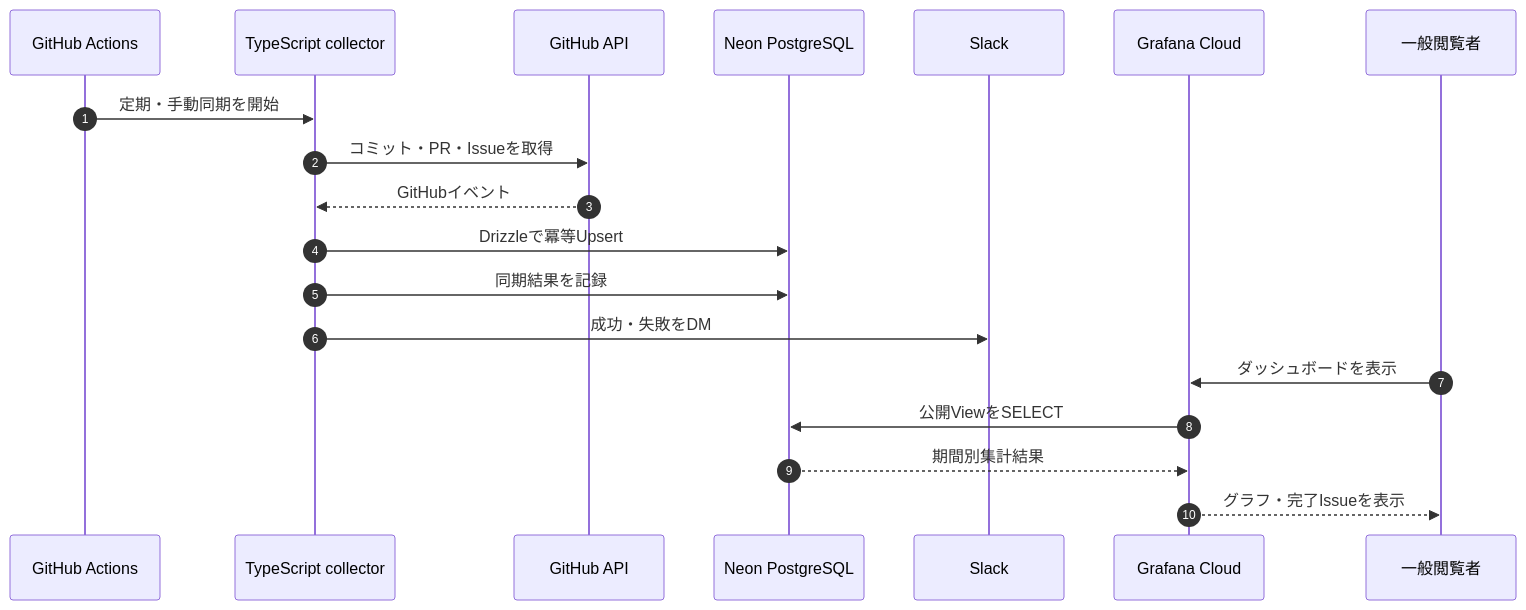
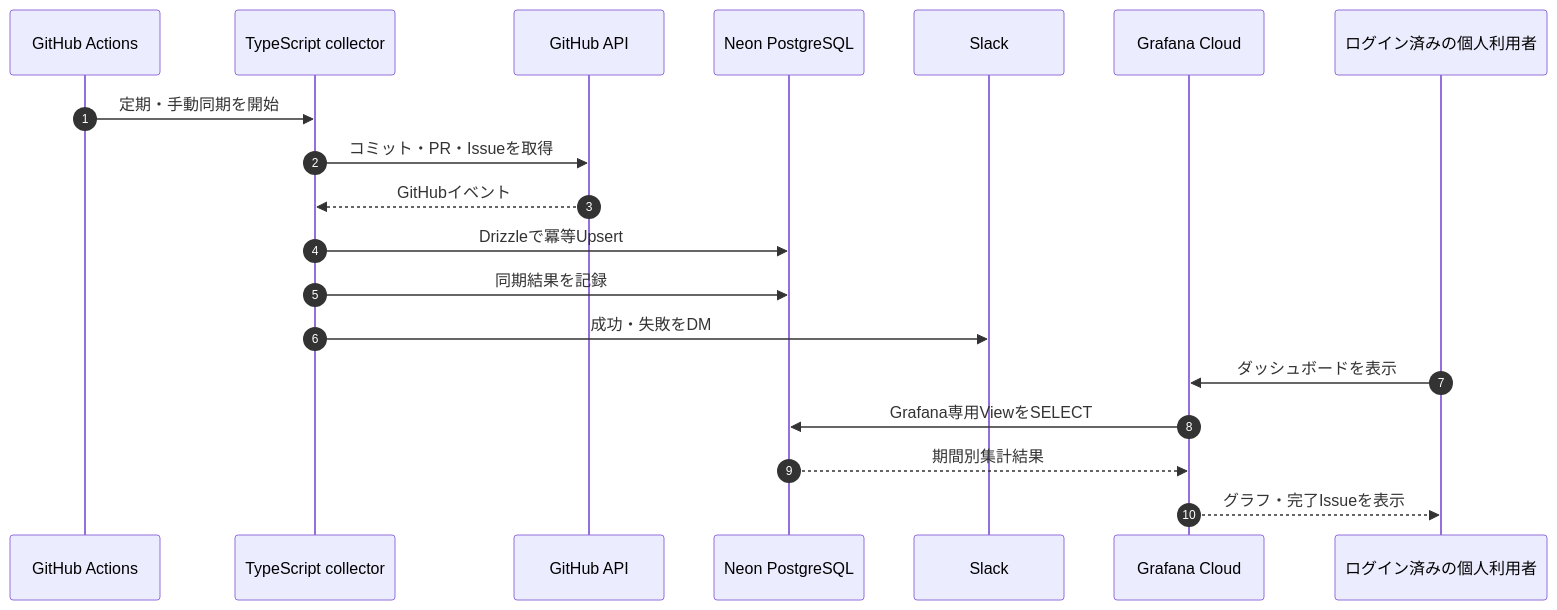
The second of 2 diagrams in docs/architecture.md (mytysoldier/output-pulse), drawn with Mermaid before and after one commit. The commit also changed other lines of this file and 9 other files, not shown here.

````diff
--- a/docs/architecture.md
+++ b/docs/architecture.md
@@ -42,22 +42,22 @@
 ```mermaid
 sequenceDiagram
     autonumber
     participant Actions as GitHub Actions
     participant Collector as TypeScript collector
     participant GitHub as GitHub API
     participant DB as Neon PostgreSQL
     participant Slack as Slack
     participant Grafana as Grafana Cloud
-    participant Viewer as 一般閲覧者
+    participant Viewer as ログイン済みの個人利用者
 
     Actions->>Collector: 定期・手動同期を開始
     Collector->>GitHub: コミット・PR・Issueを取得
     GitHub-->>Collector: GitHubイベント
     Collector->>DB: Drizzleで冪等Upsert
     Collector->>DB: 同期結果を記録
     Collector->>Slack: 成功・失敗をDM
     Viewer->>Grafana: ダッシュボードを表示
-    Grafana->>DB: 公開ViewをSELECT
+    Grafana->>DB: Grafana専用ViewをSELECT
     DB-->>Grafana: 期間別集計結果
     Grafana-->>Viewer: グラフ・完了Issueを表示
 ```
````
